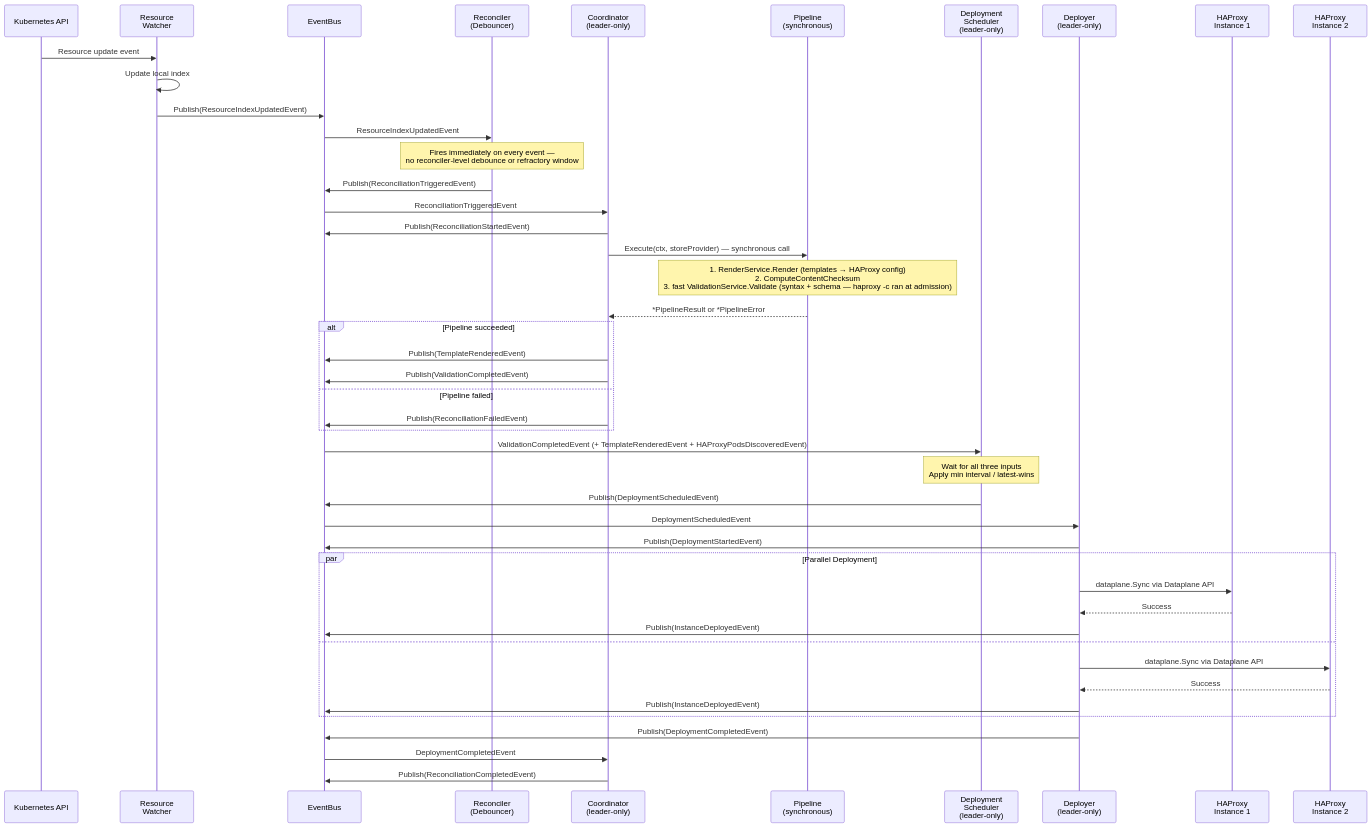
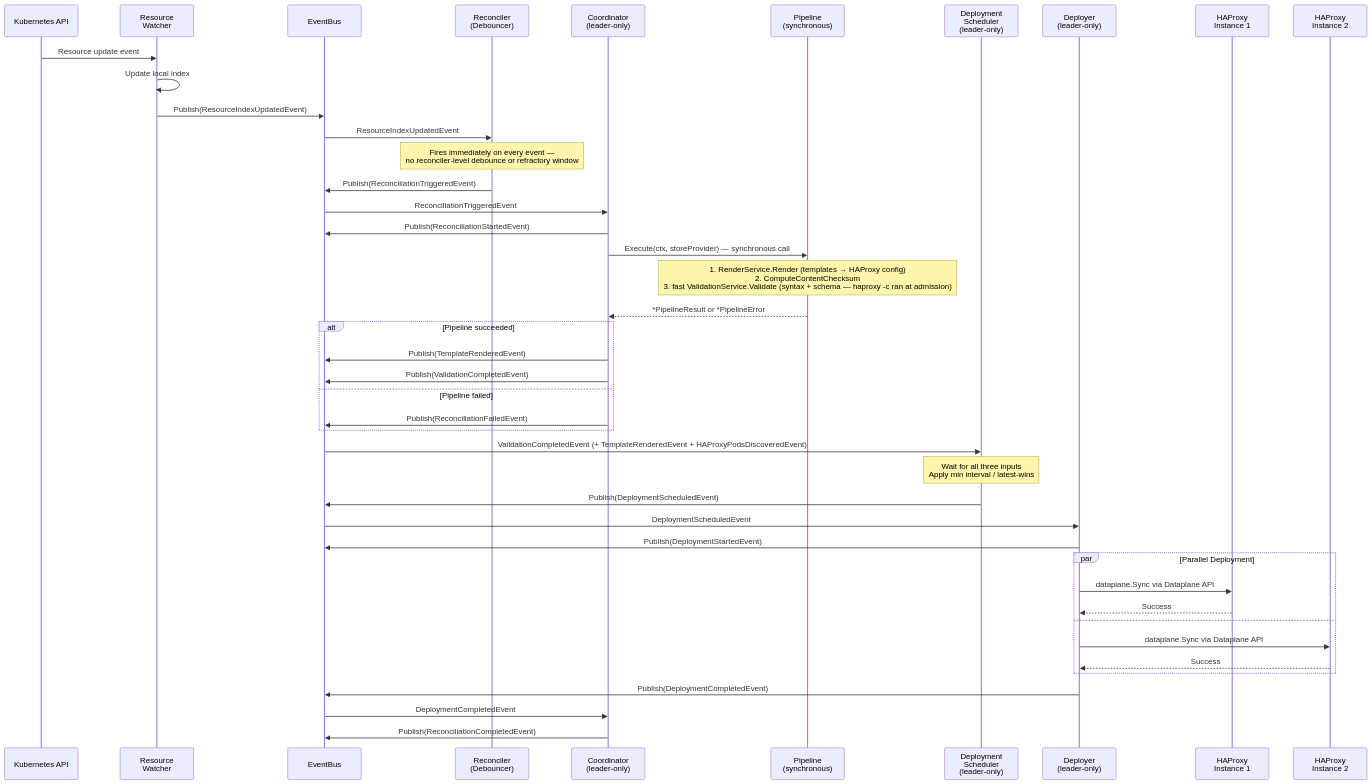
One commit to HAProxy-Template-IC/haproxy-template-ingress-controller changed the second of 4 diagrams in docs/site/docs/development/design/sequence-diagrams.md. Above: the diagram before and after it, drawn with Mermaid. The commit also changed other lines of this file and 28 other files, not shown here.

Commit message:
Narrow controller event bus to payload consumers

````diff
--- a/docs/site/docs/development/design/sequence-diagrams.md
+++ b/docs/site/docs/development/design/sequence-diagrams.md
@@ -76,57 +76,55 @@
 ```mermaid
 sequenceDiagram
     participant K8S as Kubernetes API
     participant ResourceWatcher as Resource<br/>Watcher
     participant EventBus
     participant Reconciler as Reconciler<br/>(Debouncer)
     participant Coordinator as Coordinator<br/>(leader-only)
     participant Pipeline as Pipeline<br/>(synchronous)
     participant Scheduler as Deployment<br/>Scheduler<br/>(leader-only)
     participant Deployer as Deployer<br/>(leader-only)
     participant HAProxy1 as HAProxy<br/>Instance 1
     participant HAProxy2 as HAProxy<br/>Instance 2
 
     K8S->>ResourceWatcher: Resource update event
     ResourceWatcher->>ResourceWatcher: Update local index
     ResourceWatcher->>EventBus: Publish(ResourceIndexUpdatedEvent)
 
     EventBus->>Reconciler: ResourceIndexUpdatedEvent
     Note over Reconciler: Fires immediately on every event —<br/>no reconciler-level debounce or refractory window
 
     Reconciler->>EventBus: Publish(ReconciliationTriggeredEvent)
 
     EventBus->>Coordinator: ReconciliationTriggeredEvent
     Coordinator->>EventBus: Publish(ReconciliationStartedEvent)
 
     Coordinator->>Pipeline: Execute(ctx, storeProvider) — synchronous call
     Note over Pipeline: 1. RenderService.Render (templates → HAProxy config)<br/>2. ComputeContentChecksum<br/>3. fast ValidationService.Validate (syntax + schema — haproxy -c ran at admission)
     Pipeline-->>Coordinator: *PipelineResult or *PipelineError
 
     alt Pipeline succeeded
         Coordinator->>EventBus: Publish(TemplateRenderedEvent)
         Coordinator->>EventBus: Publish(ValidationCompletedEvent)
     else Pipeline failed
         Coordinator->>EventBus: Publish(ReconciliationFailedEvent)
     end
 
     EventBus->>Scheduler: ValidationCompletedEvent (+ TemplateRenderedEvent + HAProxyPodsDiscoveredEvent)
     Note over Scheduler: Wait for all three inputs<br/>Apply min interval / latest-wins
     Scheduler->>EventBus: Publish(DeploymentScheduledEvent)
 
     EventBus->>Deployer: DeploymentScheduledEvent
     Deployer->>EventBus: Publish(DeploymentStartedEvent)
 
     par Parallel Deployment
         Deployer->>HAProxy1: dataplane.Sync via Dataplane API
         HAProxy1-->>Deployer: Success
-        Deployer->>EventBus: Publish(InstanceDeployedEvent)
     and
         Deployer->>HAProxy2: dataplane.Sync via Dataplane API
         HAProxy2-->>Deployer: Success
-        Deployer->>EventBus: Publish(InstanceDeployedEvent)
     end
 
     Deployer->>EventBus: Publish(DeploymentCompletedEvent)
     EventBus->>Coordinator: DeploymentCompletedEvent
     Coordinator->>EventBus: Publish(ReconciliationCompletedEvent)
 ```
````
